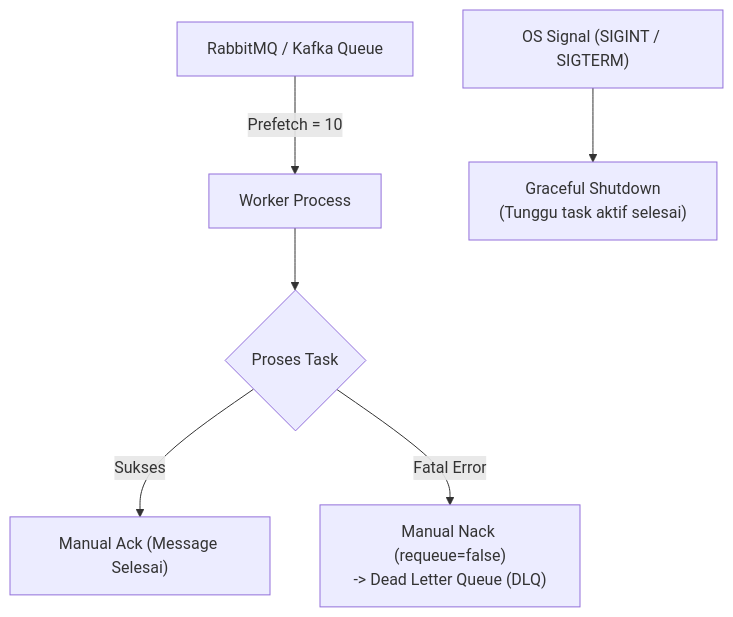
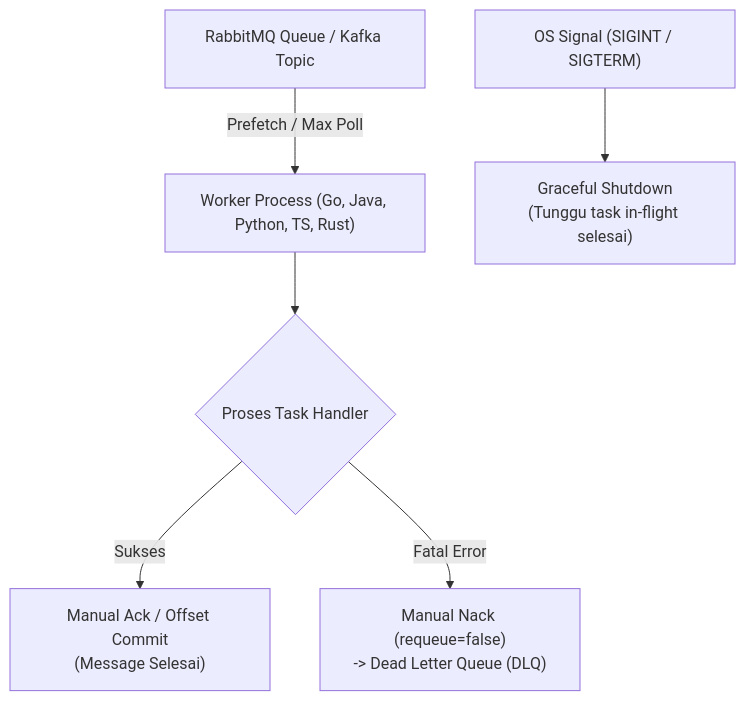
The diagram in docs/src/content/docs/workers/overview.md (exa-dev-templates/create-stack), drawn with Mermaid before and after one commit. The commit also changed other lines of this file and 21 other files, not shown here.

Commit message:
docs: expand detailed guides for realtime sse, ws, distributed bridge, rabbitmq, and kafka across all backend and worker stacks

````diff
--- a/docs/src/content/docs/workers/overview.md
+++ b/docs/src/content/docs/workers/overview.md
@@ -14,8 +16,8 @@
 ```mermaid
 flowchart TD
-    Queue["RabbitMQ / Kafka Queue"] -->|Prefetch = 10| Worker["Worker Process"]
-    Worker --> Process{"Proses Task"}
-    Process -->|Sukses| Ack["Manual Ack (Message Selesai)"]
+    Queue["RabbitMQ Queue / Kafka Topic"] -->|Prefetch / Max Poll| Worker["Worker Process (Go, Java, Python, TS, Rust)"]
+    Worker --> Process{"Proses Task Handler"}
+    Process -->|Sukses| Ack["Manual Ack / Offset Commit\n(Message Selesai)"]
     Process -->|Fatal Error| Nack["Manual Nack (requeue=false)\n-> Dead Letter Queue (DLQ)"]
-    Signal["OS Signal (SIGINT / SIGTERM)"] --> Shutdown["Graceful Shutdown\n(Tunggu task aktif selesai)"]
+    Signal["OS Signal (SIGINT / SIGTERM)"] --> Shutdown["Graceful Shutdown\n(Tunggu task in-flight selesai)"]
 ```
````
